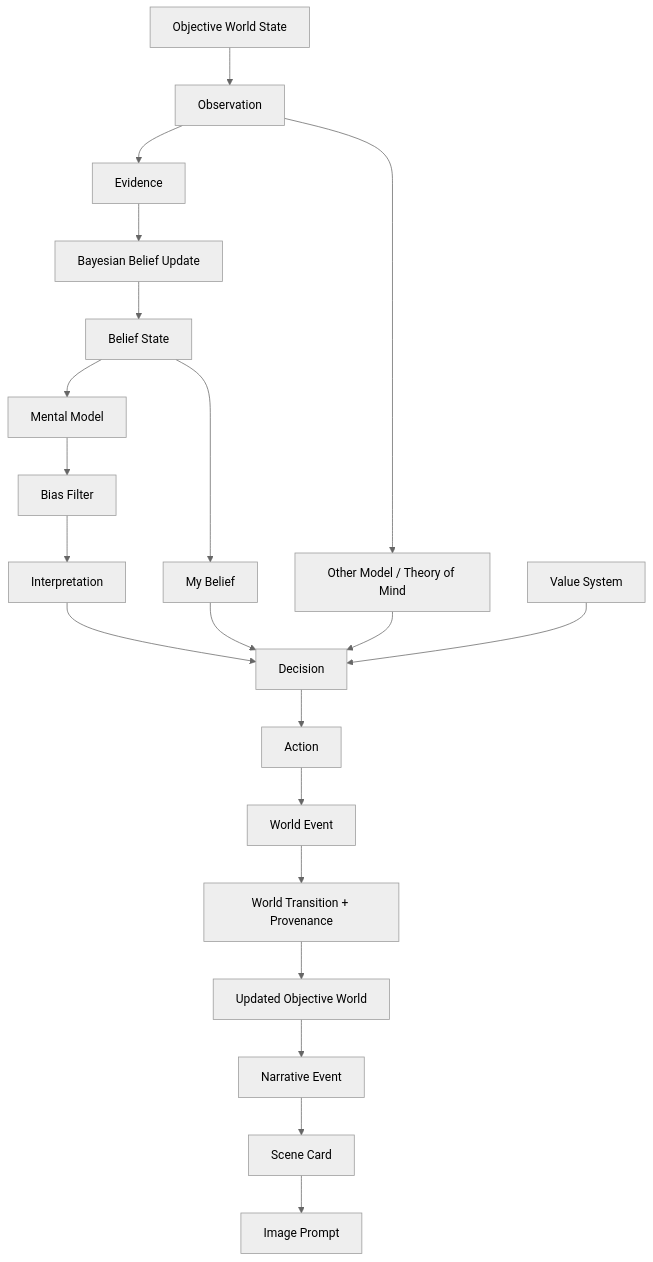
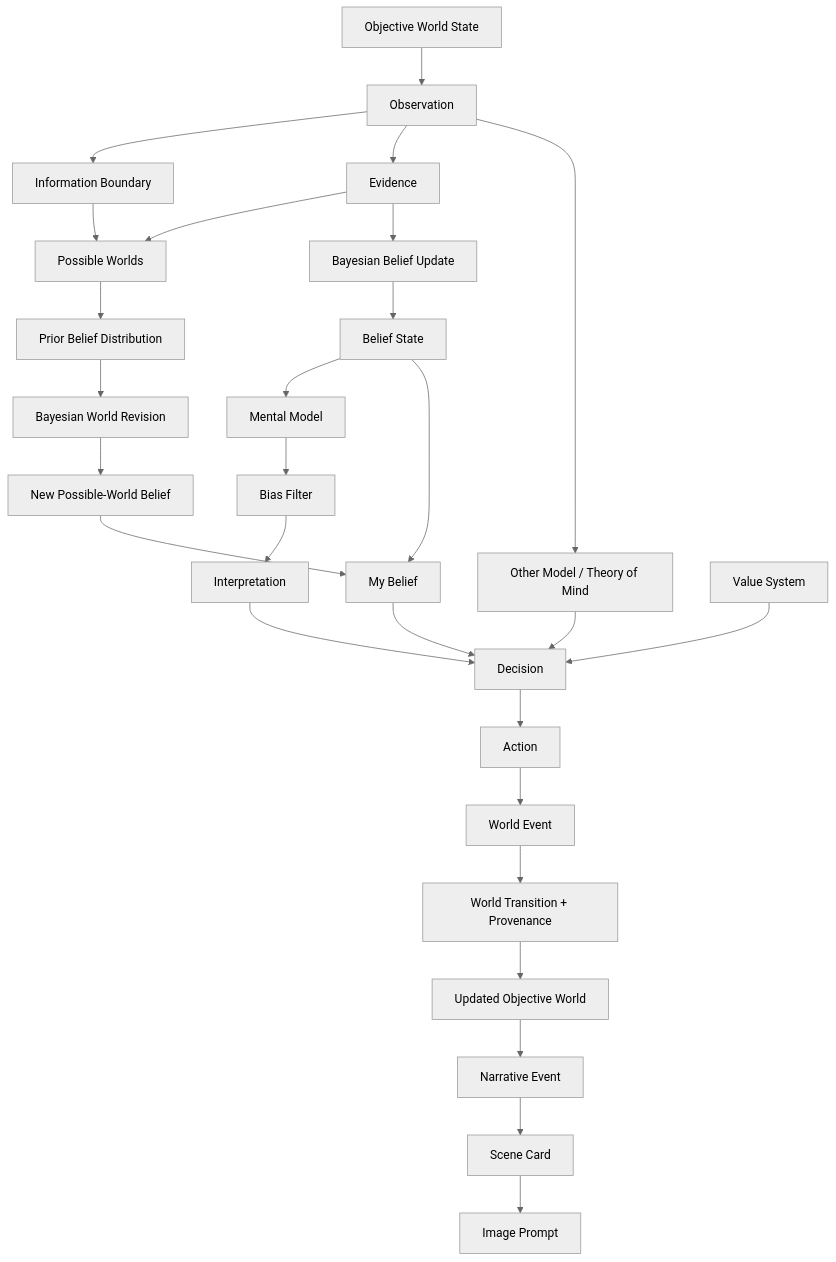
The diagram in README.md (Spring0602/aigc_story_world), drawn with Mermaid (neutral theme) before and after one commit. The commit also changed other lines of this file and 14 other files, not shown here.

Commit message:
Add Bayesian possible worlds layer

````diff
--- a/README.md
+++ b/README.md
@@ -52,26 +53,33 @@
 ```mermaid
 flowchart TD
     W[Objective World State] --> O[Observation]
+    O --> IB[Information Boundary]
     O --> E[Evidence]
+    IB --> PW[Possible Worlds]
+    E --> PW
+    PW --> PBD[Prior Belief Distribution]
+    PBD --> BWR[Bayesian World Revision]
+    BWR --> NWB[New Possible-World Belief]
     E --> BBU[Bayesian Belief Update]
     BBU --> BS[Belief State]
     BS --> MM[Mental Model]
     MM --> BF[Bias Filter]
     BF --> I[Interpretation]
 
     BS --> MB[My Belief]
+    NWB --> MB
     O --> OM[Other Model / Theory of Mind]
     MB --> D[Decision]
     OM --> D
     I --> D
     VS[Value System] --> D
 
     D --> A[Action]
     A --> WE[World Event]
     WE --> WT[World Transition + Provenance]
     WT --> W2[Updated Objective World]
 
     W2 --> NE[Narrative Event]
     NE --> SC[Scene Card]
     SC --> IP[Image Prompt]
 ```
````
